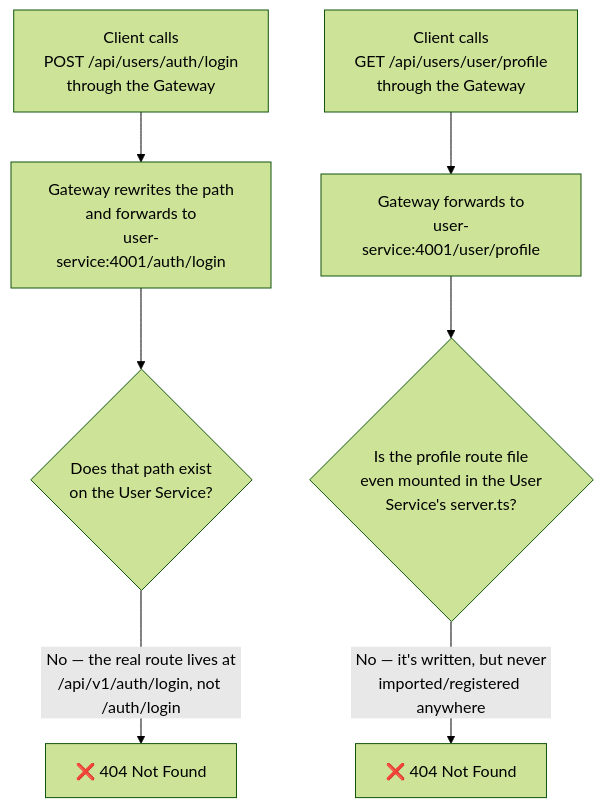
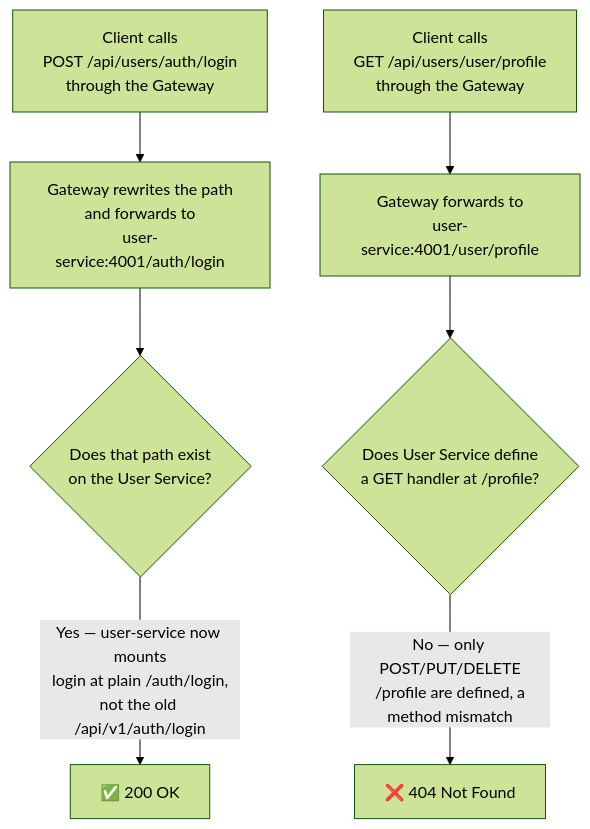
Before and after one commit to jstgrowup/System-Design: the fourth of 7 diagrams in IRCTC/readme.md, drawn with Mermaid (forest theme). The commit also changed other lines of this file and 5 other files, not shown here.

Commit message:
fix: resolve login routing issue in API Gateway and update related documentation

````diff
--- a/IRCTC/readme.md
+++ b/IRCTC/readme.md
@@ -248,10 +257,10 @@
 ```mermaid
 flowchart TD
     A["Client calls<br/>POST /api/users/auth/login<br/>through the Gateway"] --> B["Gateway rewrites the path<br/>and forwards to<br/>user-service:4001/auth/login"]
     B --> C{"Does that path exist<br/>on the User Service?"}
-    C -->|"No — the real route lives at<br/>/api/v1/auth/login, not /auth/login"| D["❌ 404 Not Found"]
+    C -->|"Yes — user-service now mounts<br/>login at plain /auth/login,<br/>not the old /api/v1/auth/login"| D["✅ 200 OK"]
 
     E["Client calls<br/>GET /api/users/user/profile<br/>through the Gateway"] --> F["Gateway forwards to<br/>user-service:4001/user/profile"]
-    F --> G{"Is the profile route file<br/>even mounted in the User<br/>Service's server.ts?"}
-    G -->|"No — it's written, but never<br/>imported/registered anywhere"| H["❌ 404 Not Found"]
+    F --> G{"Does User Service define<br/>a GET handler at /profile?"}
+    G -->|"No — only POST/PUT/DELETE<br/>/profile are defined, a<br/>method mismatch"| H["❌ 404 Not Found"]
 ```
````
